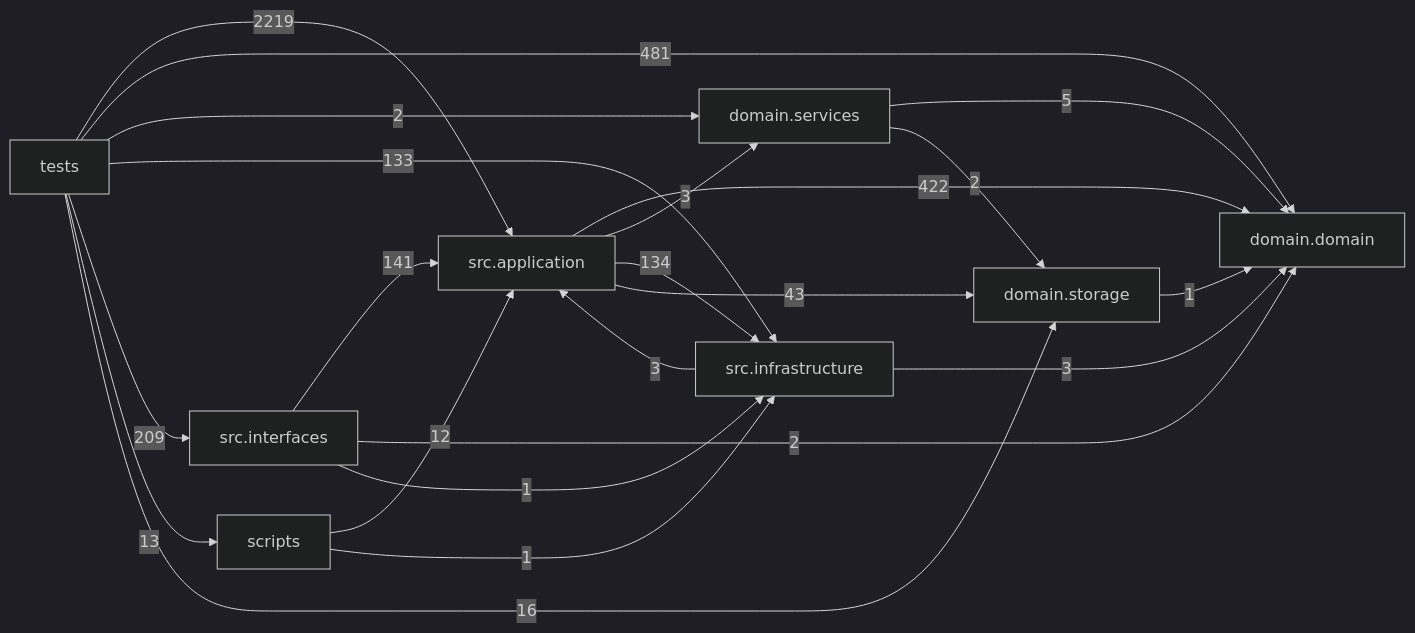
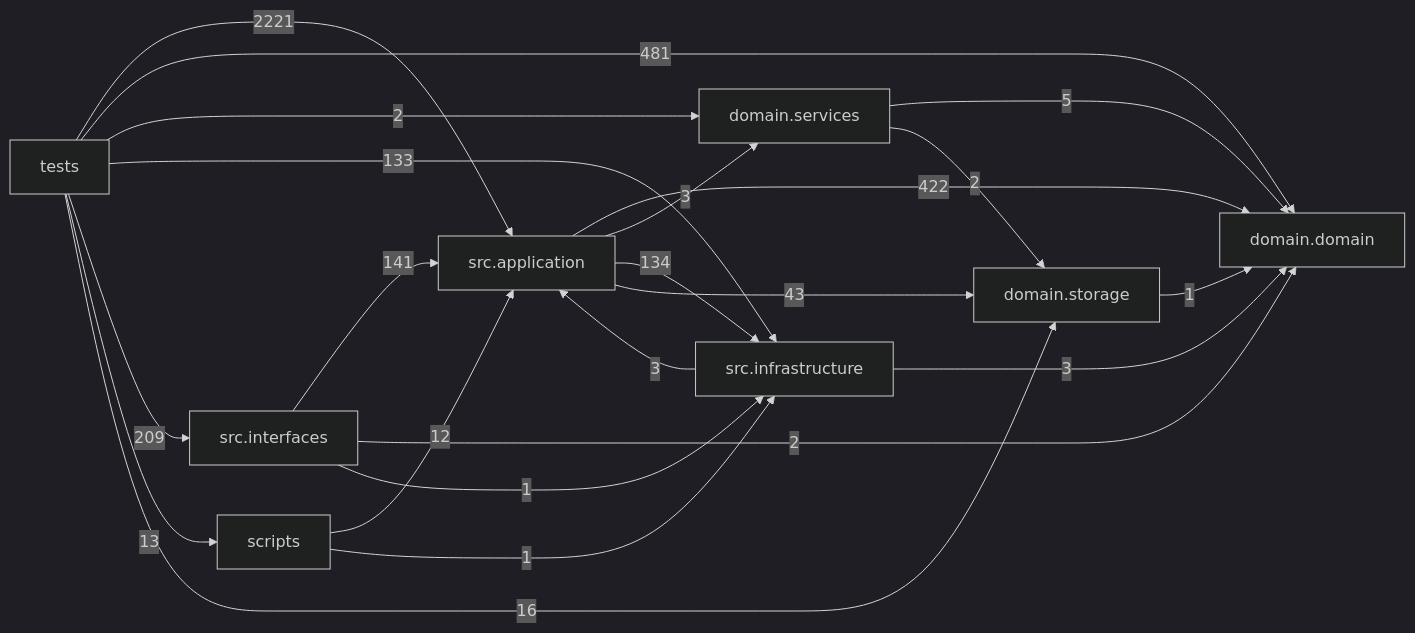
The diagram in docs/DEPENDENCY_GRAPH.md (liuxie066/options-monitor), drawn with Mermaid (dark theme) before and after one commit. The commit also changed other lines of this file and 9 other files, not shown here.

````diff
--- a/docs/DEPENDENCY_GRAPH.md
+++ b/docs/DEPENDENCY_GRAPH.md
@@ -24,32 +24,32 @@
 ```mermaid
 flowchart LR
   tests["tests"]
   scripts["scripts"]
   interfaces["src.interfaces"]
   application["src.application"]
   infrastructure["src.infrastructure"]
   domain_services["domain.services"]
   domain["domain.domain"]
   storage["domain.storage"]
   application -->|422| domain
   application -->|3| domain_services
   application -->|134| infrastructure
   application -->|43| storage
   domain_services -->|5| domain
   domain_services -->|2| storage
   infrastructure -->|3| application
   infrastructure -->|3| domain
   interfaces -->|141| application
   interfaces -->|2| domain
   interfaces -->|1| infrastructure
   scripts -->|12| application
   scripts -->|1| infrastructure
   storage -->|1| domain
-  tests -->|2219| application
+  tests -->|2221| application
   tests -->|481| domain
   tests -->|2| domain_services
   tests -->|133| infrastructure
   tests -->|209| interfaces
   tests -->|13| scripts
   tests -->|16| storage
 ```
````
